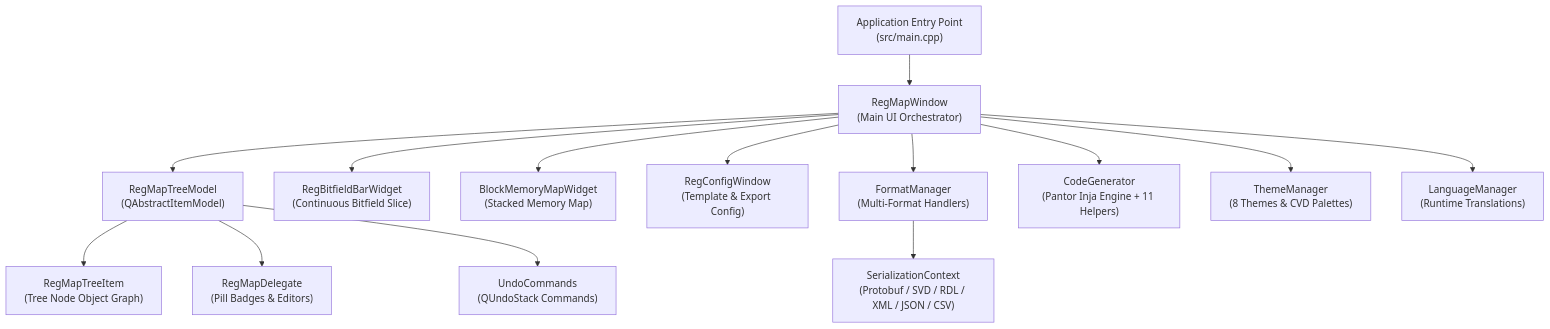
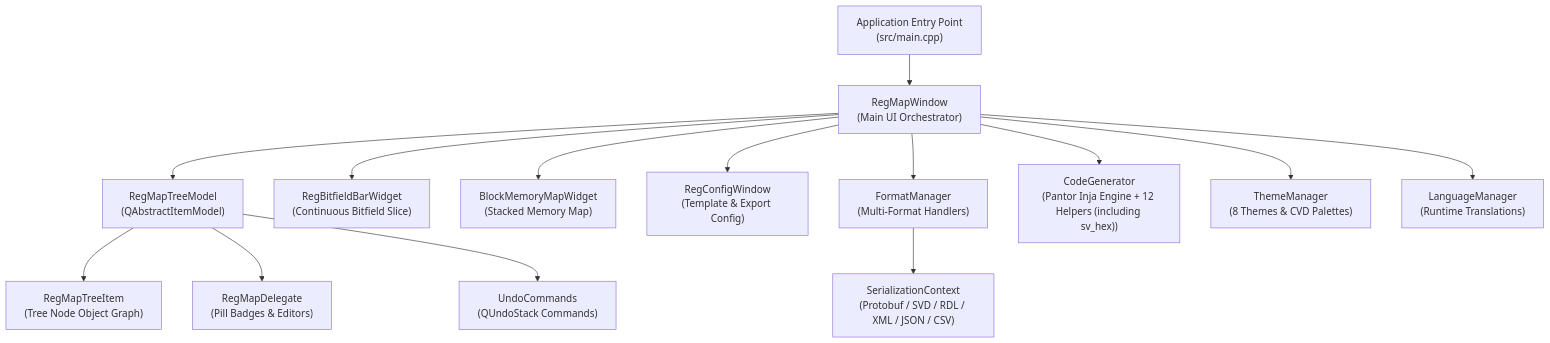
Before and after one commit to zkalves/rmap: the diagram in docs/dev/index.md, drawn with Mermaid. The commit also changed other lines of this file and 21 other files, not shown here.

````diff
--- a/docs/dev/index.md
+++ b/docs/dev/index.md
@@ -45,20 +45,20 @@
 ```mermaid
 flowchart TD
     MAIN["Application Entry Point\n(src/main.cpp)"] --> WIN["RegMapWindow\n(Main UI Orchestrator)"]
     WIN --> MODEL["RegMapTreeModel\n(QAbstractItemModel)"]
     WIN --> VIZ1["RegBitfieldBarWidget\n(Continuous Bitfield Slice)"]
     WIN --> VIZ2["BlockMemoryMapWidget\n(Stacked Memory Map)"]
     WIN --> CFG["RegConfigWindow\n(Template & Export Config)"]
     
     MODEL --> ITEM["RegMapTreeItem\n(Tree Node Object Graph)"]
     MODEL --> DELEGATE["RegMapDelegate\n(Pill Badges & Editors)"]
     MODEL --> UNDO["UndoCommands\n(QUndoStack Commands)"]
     
     WIN --> FMT["FormatManager\n(Multi-Format Handlers)"]
     FMT --> SER["SerializationContext\n(Protobuf / SVD / RDL / XML / JSON / CSV)"]
     
-    WIN --> CODEGEN["CodeGenerator\n(Pantor Inja Engine + 11 Helpers)"]
+    WIN --> CODEGEN["CodeGenerator\n(Pantor Inja Engine + 12 Helpers (including sv_hex))"]
     
     WIN --> THEME["ThemeManager\n(8 Themes & CVD Palettes)"]
     WIN --> LANG["LanguageManager\n(Runtime Translations)"]
 ```
````
